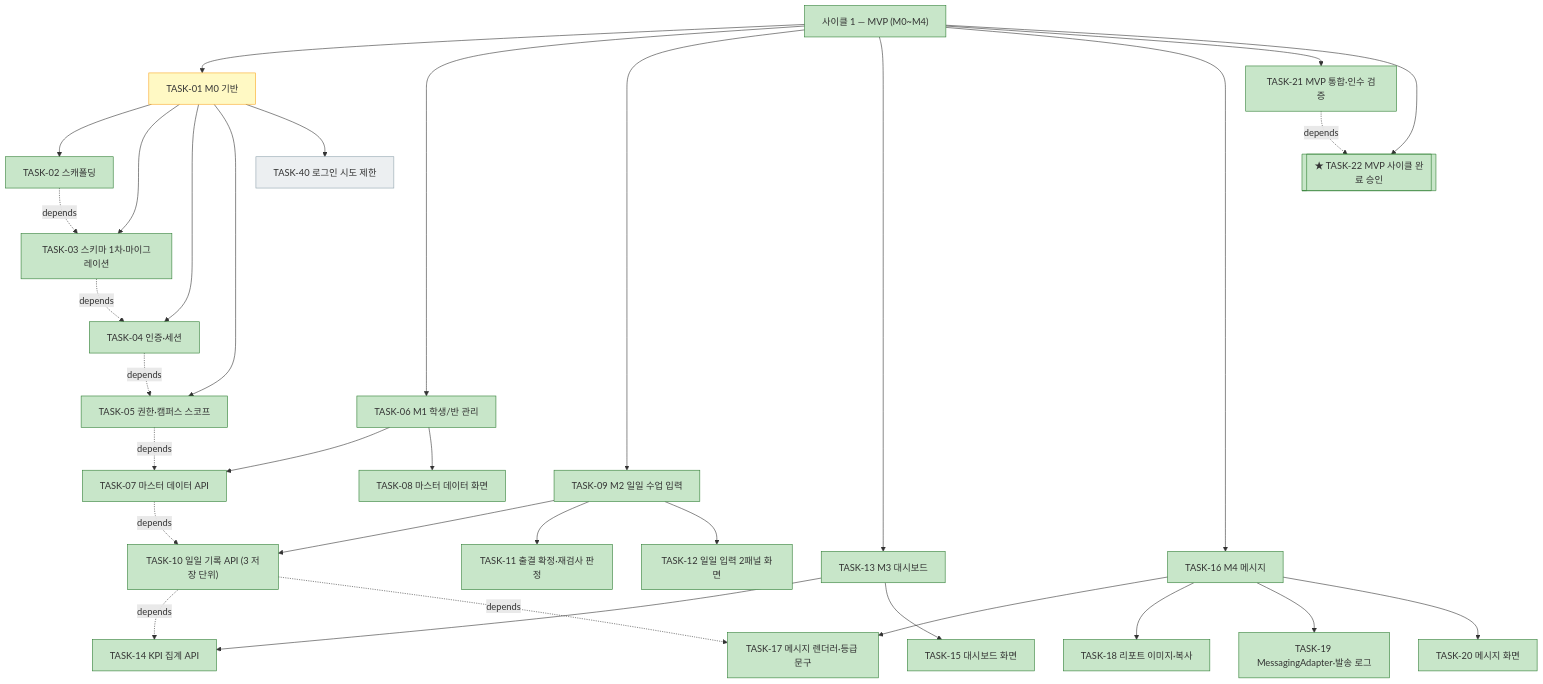
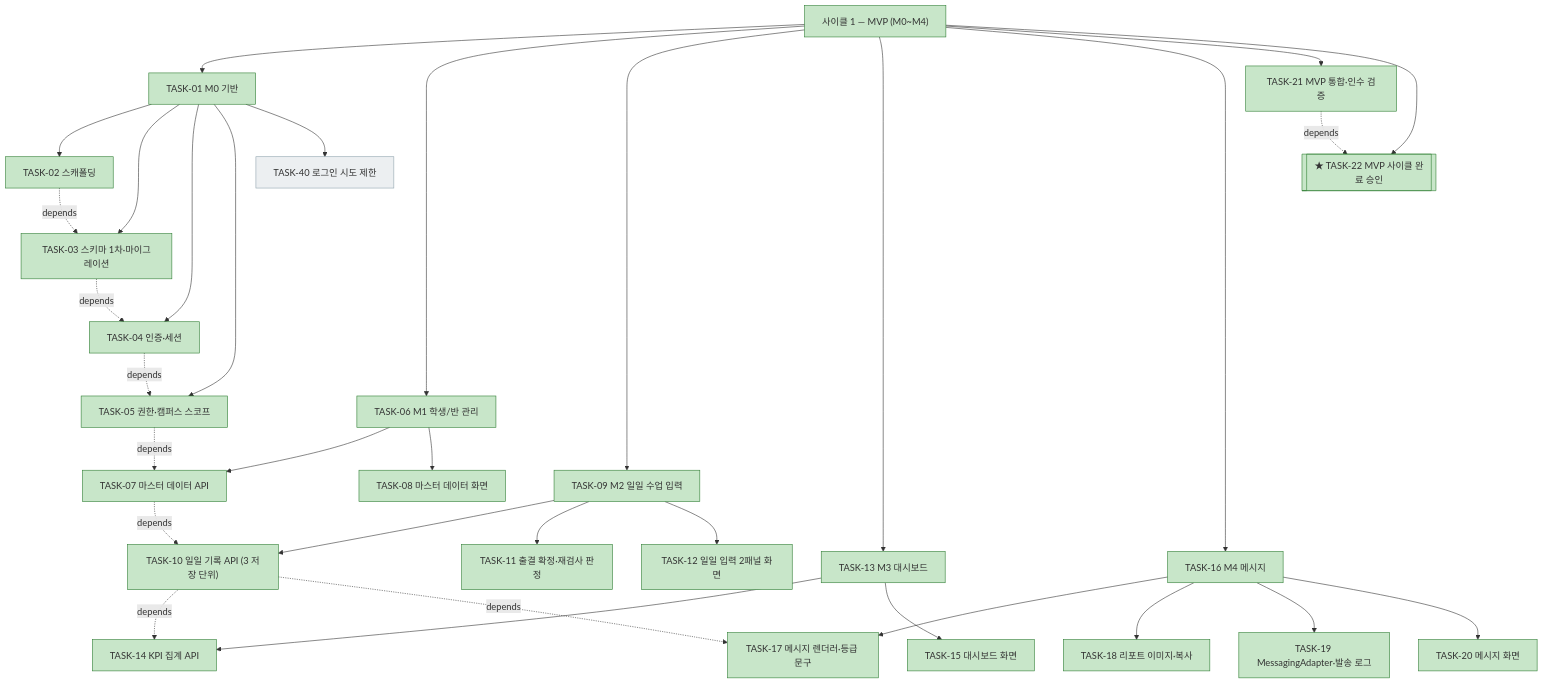
The first of 4 diagrams in docs/plan.md (bluesky5008/mathdesk), drawn with Mermaid before and after one commit. The commit also changed other lines of this file and 1 other file, not shown here.

Commit message:
docs: TASK-01 상태 누락 바로잡기(완료 조건은 2026-09-22 충족) — 작업 51/53

````diff
--- a/docs/plan.md
+++ b/docs/plan.md
@@ -126,39 +126,39 @@
 ```mermaid
 flowchart TD
     C1["사이클 1 — MVP (M0~M4)"]:::done
-    C1 --> T01["TASK-01 M0 기반"]:::active
+    C1 --> T01["TASK-01 M0 기반"]:::done
     T01 --> T02["TASK-02 스캐폴딩"]:::done
     T01 --> T03["TASK-03 스키마 1차·마이그레이션"]:::done
     T01 --> T04["TASK-04 인증·세션"]:::done
     T01 --> T05["TASK-05 권한·캠퍼스 스코프"]:::done
     T01 --> T40["TASK-40 로그인 시도 제한"]:::todo
     C1 --> T06["TASK-06 M1 학생/반 관리"]:::done
     T06 --> T07["TASK-07 마스터 데이터 API"]:::done
     T06 --> T08["TASK-08 마스터 데이터 화면"]:::done
     C1 --> T09["TASK-09 M2 일일 수업 입력"]:::done
     T09 --> T10["TASK-10 일일 기록 API (3 저장 단위)"]:::done
     T09 --> T11["TASK-11 출결 확정·재검사 판정"]:::done
     T09 --> T12["TASK-12 일일 입력 2패널 화면"]:::done
     C1 --> T13["TASK-13 M3 대시보드"]:::done
     T13 --> T14["TASK-14 KPI 집계 API"]:::done
     T13 --> T15["TASK-15 대시보드 화면"]:::done
     C1 --> T16["TASK-16 M4 메시지"]:::done
     T16 --> T17["TASK-17 메시지 렌더러·등급 문구"]:::done
     T16 --> T18["TASK-18 리포트 이미지·복사"]:::done
     T16 --> T19["TASK-19 MessagingAdapter·발송 로그"]:::done
     T16 --> T20["TASK-20 메시지 화면"]:::done
     C1 --> T21["TASK-21 MVP 통합·인수 검증"]:::done
     C1 --> T22[["★ TASK-22 MVP 사이클 완료 승인"]]:::done
     T02 -. depends .-> T03
     T03 -. depends .-> T04
     T04 -. depends .-> T05
     T05 -. depends .-> T07
     T07 -. depends .-> T10
     T10 -. depends .-> T14
     T10 -. depends .-> T17
     T21 -. depends .-> T22
     classDef done fill:#c8e6c9,stroke:#2e7d32
     classDef active fill:#fff9c4,stroke:#f9a825
     classDef todo fill:#eceff1,stroke:#90a4ae
     classDef gate fill:#ffcdd2,stroke:#c62828
 ```
````
